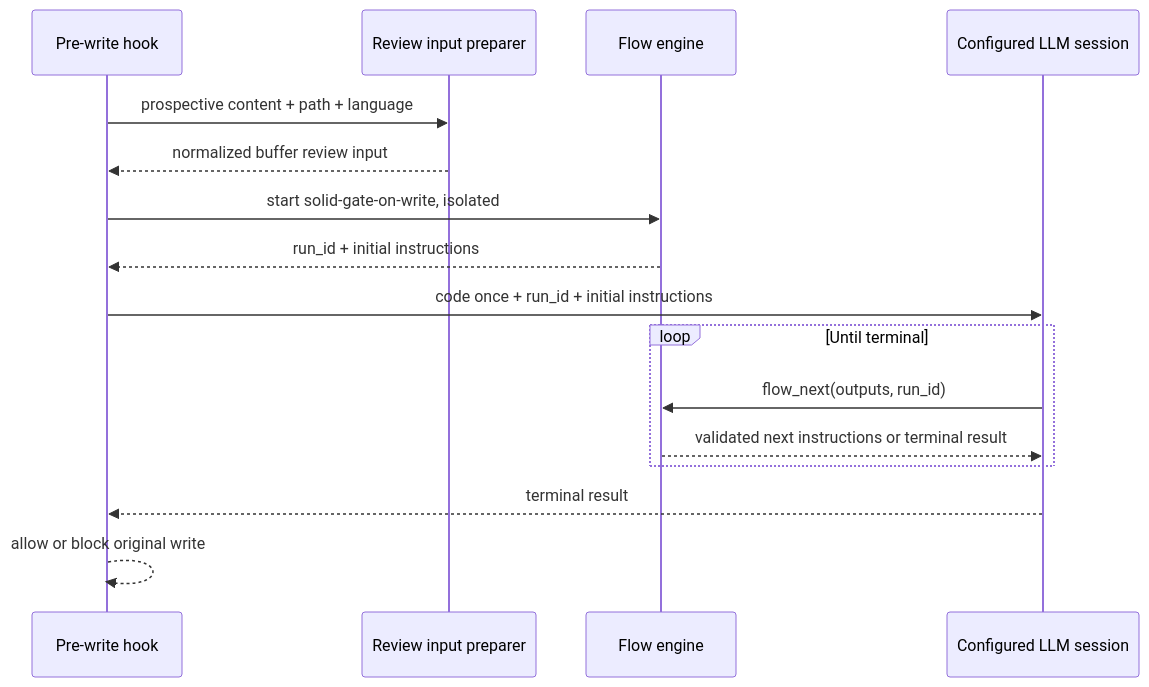
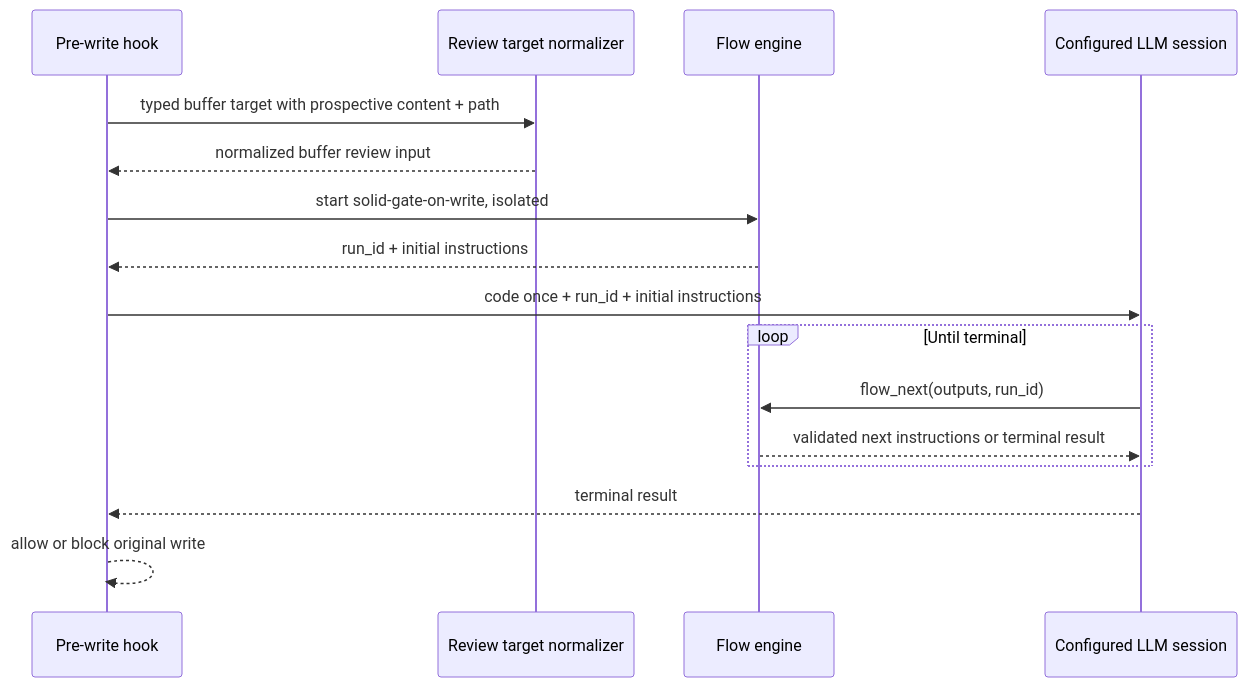
The diagram in .claude/specs/SPEC-001-solid-coder/features/SPEC-036-bundled-solid-workflows/Spec.md (Swift-Gurus/solid-coder), drawn with Mermaid before and after one commit. The commit also changed other lines of this file and 102 other files, not shown here.

````diff
--- a/.claude/specs/SPEC-001-solid-coder/features/SPEC-036-bundled-solid-workflows/Spec.md
+++ b/.claude/specs/SPEC-001-solid-coder/features/SPEC-036-bundled-solid-workflows/Spec.md
@@ -100,18 +103,18 @@
 ```mermaid
 sequenceDiagram
   participant Hook as Pre-write hook
-  participant Prep as Review input preparer
+  participant Prep as Review target normalizer
   participant Flow as Flow engine
   participant LLM as Configured LLM session
-  Hook->>Prep: prospective content + path + language
+  Hook->>Prep: typed buffer target with prospective content + path
   Prep-->>Hook: normalized buffer review input
   Hook->>Flow: start solid-gate-on-write, isolated
   Flow-->>Hook: run_id + initial instructions
   Hook->>LLM: code once + run_id + initial instructions
   loop Until terminal
     LLM->>Flow: flow_next(outputs, run_id)
     Flow-->>LLM: validated next instructions or terminal result
   end
   LLM-->>Hook: terminal result
   Hook-->>Hook: allow or block original write
 ```
````
